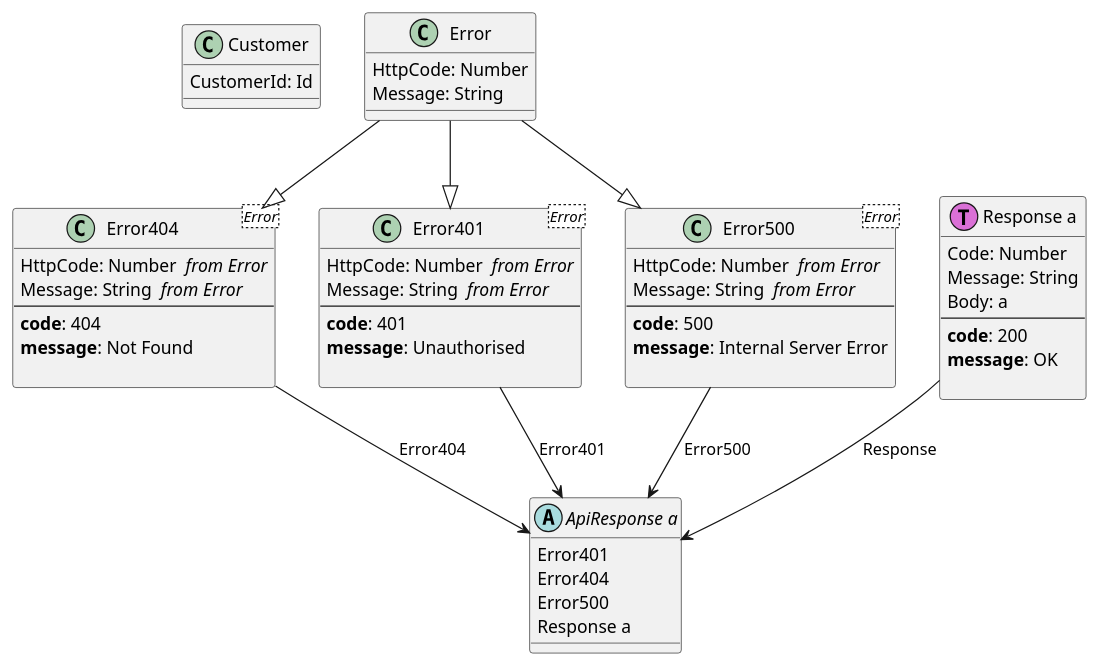
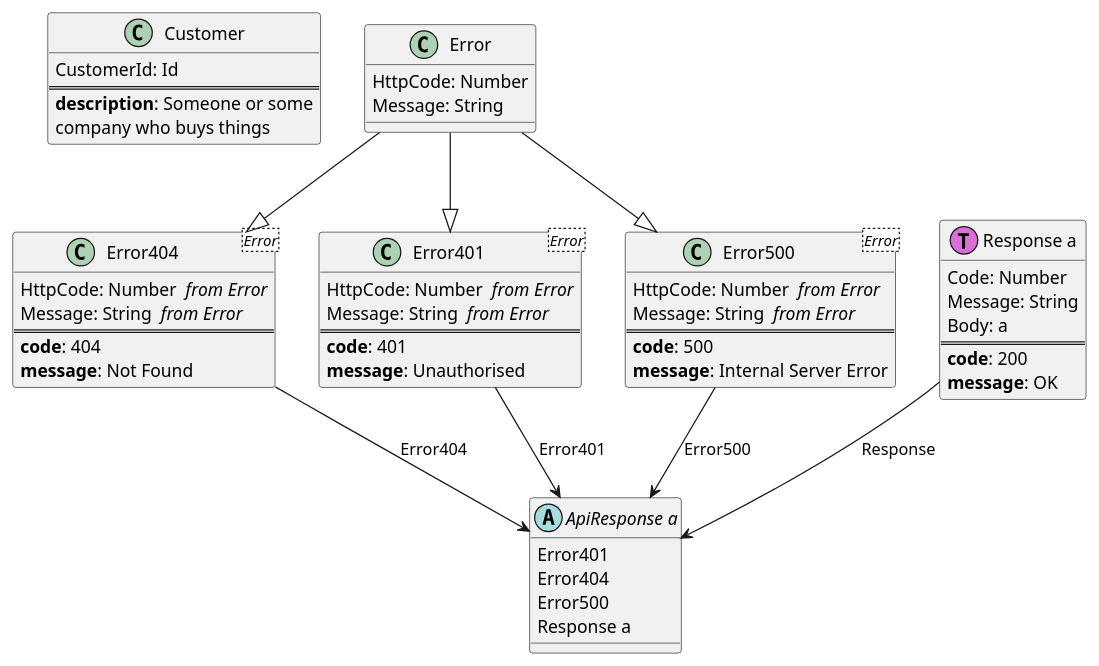
One commit to Baudin999/car-lang changed the diagram in Examples/.out/v0.0.1/Request/Request.puml. Above: the diagram before and after it, drawn with PlantUML. The commit also changed 55 other files, not shown here.

Commit message:
Working on flows and maps

```diff
--- a/Examples/.out/v0.0.1/Request/Request.puml
+++ b/Examples/.out/v0.0.1/Request/Request.puml
@@ -1,53 +1,52 @@
 class "Customer" as Customer  {
 	CustomerId: Id 
+===
+  <b>description</b>: Someone or some
+ company who buys things
 }
 class "Error" as Error  {
 	HttpCode: Number 
 	Message: String 
 }
 class "Error404 " as Error404 <Error> {
 	HttpCode: Number  <i>from Error</i>
 	Message: String  <i>from Error</i>
---
+===
   <b>code</b>: 404
 <b>message</b>: Not Found
-    
 }
 Error --|> Error404
 class "Error401 " as Error401 <Error> {
 	HttpCode: Number  <i>from Error</i>
 	Message: String  <i>from Error</i>
---
+===
   <b>code</b>: 401
 <b>message</b>: Unauthorised
-    
 }
 Error --|> Error401
 class "Error500 " as Error500 <Error> {
 	HttpCode: Number  <i>from Error</i>
 	Message: String  <i>from Error</i>
---
+===
   <b>code</b>: 500
 <b>message</b>: Internal Server Error
-    
 }
 Error --|> Error500
 class "Response a" as Response << (T,orchid) >> {
 	Code: Number 
 	Message: String 
 	Body: a 
---
+===
   <b>code</b>: 200
 <b>message</b>: OK
-    
 }
 abstract "ApiResponse a" as ApiResponse {
 	Error401 
 	Error404 
 	Error500 
 	Response a
 }
 Error401 --> ApiResponse : Error401
 Error404 --> ApiResponse : Error404
 Error500 --> ApiResponse : Error500
 Response --> ApiResponse : Response
```
